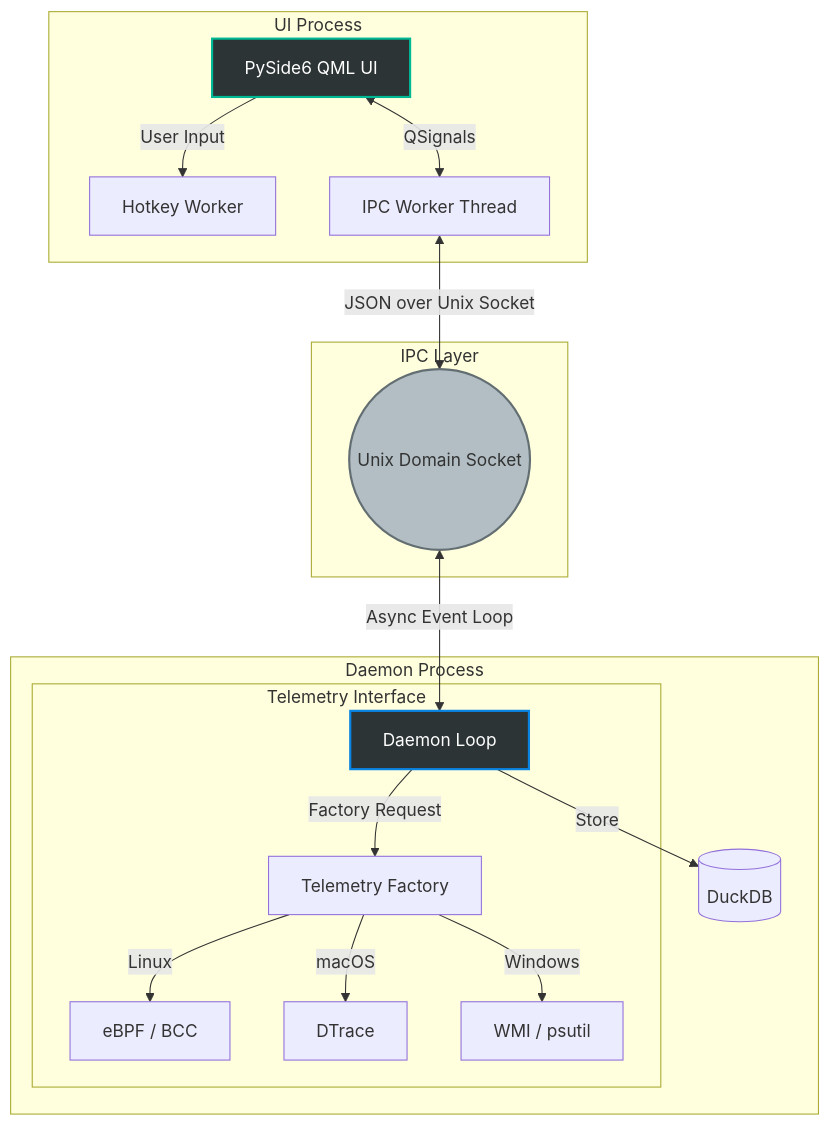
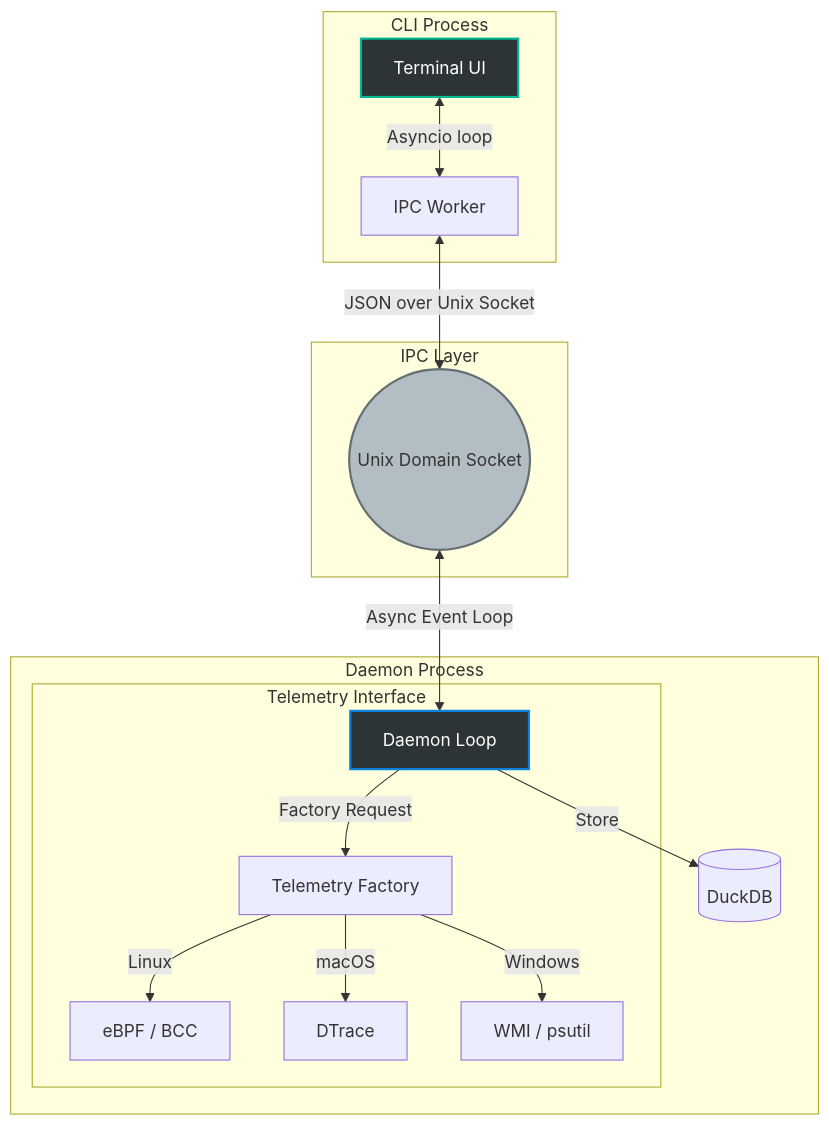
Before and after one commit to tuboa2/synapse: the diagram in README.md, drawn with Mermaid. The commit also changed other lines of this file and 5 other files, not shown here.

````diff
--- a/README.md
+++ b/README.md
@@ -27,27 +27,27 @@
 ```mermaid
 graph TD
-    subgraph UI Process
-        UI[PySide6 QML UI] -->|User Input| HW[Hotkey Worker]
-        UI <-->|QSignals| IPC_W[IPC Worker Thread]
+    subgraph CLI Process
+        CLI[Terminal UI]
+        CLI <-->|Asyncio loop| IPC_W[IPC Worker]
     end
 
     subgraph IPC Layer
         IPC_W <-->|JSON over Unix Socket| UDS((Unix Domain Socket))
     end
 
     subgraph Daemon Process
         UDS <-->|Async Event Loop| D[Daemon Loop]
         D -->|Store| DB[(DuckDB)]
         
         subgraph Telemetry Interface
             D -->|Factory Request| TF[Telemetry Factory]
             TF -->|Linux| eBPF[eBPF / BCC]
             TF -->|macOS| DTrace[DTrace]
             TF -->|Windows| WMI[WMI / psutil]
         end
     end
     
-    style UI fill:#2d3436,stroke:#00b894,stroke-width:2px,color:#fff
+    style CLI fill:#2d3436,stroke:#00b894,stroke-width:2px,color:#fff
     style D fill:#2d3436,stroke:#0984e3,stroke-width:2px,color:#fff
     style UDS fill:#b2bec3,stroke:#636e72,stroke-width:2px
 ```
````
